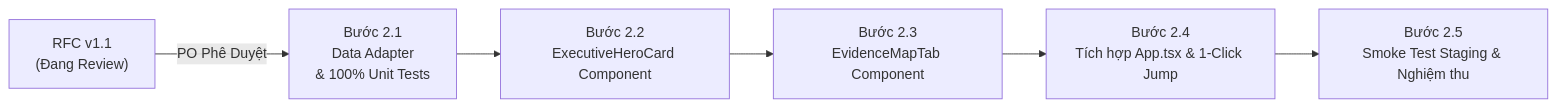
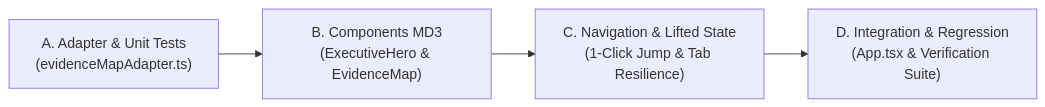
Before and after one commit to vutch86-cmyk/rolematch2: the second of 2 diagrams in docs/PHASE_2_PROPOSAL_RFC.md, drawn with Mermaid. The commit also changed other lines of this file and 1 other file, not shown here.

Commit message:
docs(phase2): finalize RFC v1.1 data contract and UI/UX roadmap for implementation

````diff
--- a/docs/PHASE_2_PROPOSAL_RFC.md
+++ b/docs/PHASE_2_PROPOSAL_RFC.md
@@ -295,8 +130,6 @@
 ```mermaid
 flowchart LR
-    RFC["RFC v1.1<br/>(Đang Review)"] -->|PO Phê Duyệt| S1["Bước 2.1<br/>Data Adapter<br/>& 100% Unit Tests"]
-    S1 --> S2["Bước 2.2<br/>ExecutiveHeroCard Component"]
-    S2 --> S3["Bước 2.3<br/>EvidenceMapTab Component"]
-    S3 --> S4["Bước 2.4<br/>Tích hợp App.tsx & 1-Click Jump"]
-    S4 --> VERIFY["Bước 2.5<br/>Smoke Test Staging & Nghiệm thu"]
+    S1["A. Adapter & Unit Tests<br/>(evidenceMapAdapter.ts)"] --> S2["B. Components MD3<br/>(ExecutiveHero & EvidenceMap)"]
+    S2 --> S3["C. Navigation & Lifted State<br/>(1-Click Jump & Tab Resilience)"]
+    S3 --> S4["D. Integration & Regression<br/>(App.tsx & Verification Suite)"]
 ```
````
